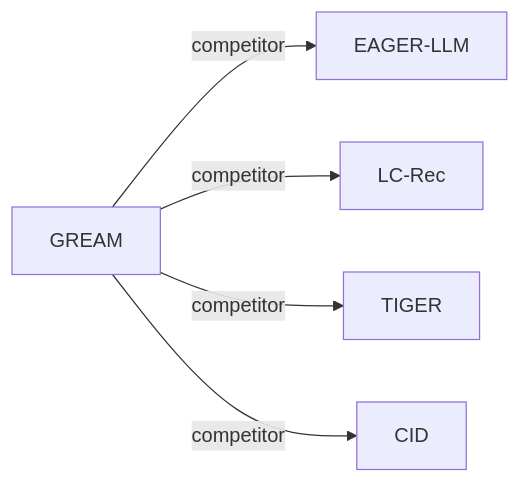
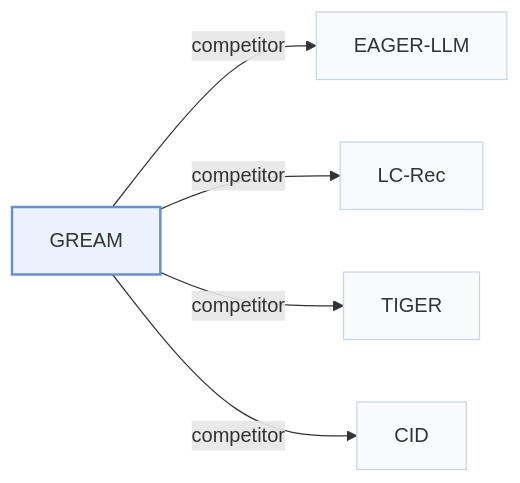
Before and after one commit to Galaxy-ghost/Awesome-SID-Generative-Rec: the fourth of 4 diagrams in pages/papers/gream.md, drawn with Mermaid. The commit also changed other lines of this file and 649 other files, not shown here.

Commit message:
writer-05: also tags and modality index (schema, check, build, visuals); summary field removed; calibration data for 12 papers

````diff
--- a/pages/papers/gream.md
+++ b/pages/papers/gream.md
@@ -130,8 +153,12 @@
 ```mermaid
 flowchart LR
     P["GREAM"]
-    P -->|competitor| A["EAGER-LLM"]
-    P -->|competitor| B["LC-Rec"]
-    P -->|competitor| C["TIGER"]
-    P -->|competitor| D["CID"]
+    P -->|"competitor"| A["EAGER-LLM"]
+    P -->|"competitor"| B["LC-Rec"]
+    P -->|"competitor"| C["TIGER"]
+    P -->|"competitor"| D["CID"]
+    classDef main fill:#eaf2fb,stroke:#6b8fc7,stroke-width:2px
+    classDef peer fill:#f8fafc,stroke:#cbd5e1
+    class P main
+    class A,B,C,D peer
 ```
````
